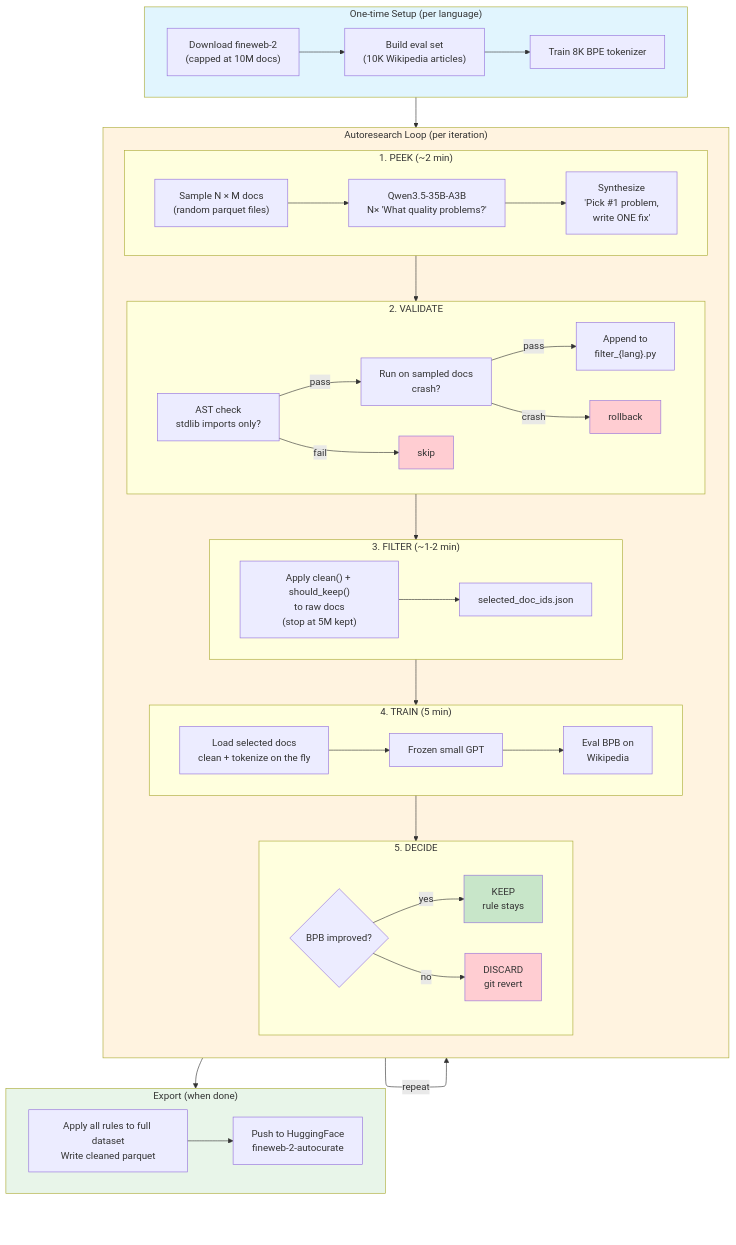
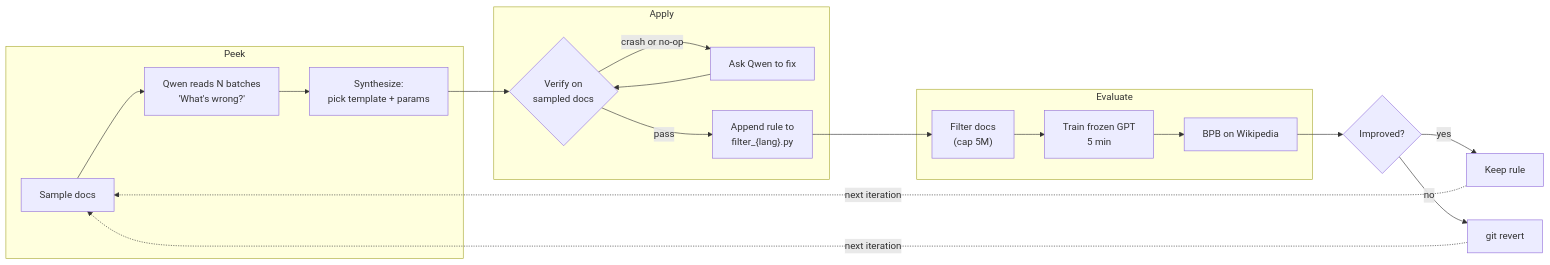
Before and after one commit to bwang-pplx/autocurate: the diagram in ARCHITECTURE.md, drawn with Mermaid.

Commit message:
Simplify architecture diagram to single linear flow

````diff
--- a/ARCHITECTURE.md
+++ b/ARCHITECTURE.md
@@ -1,70 +1,25 @@
 ```mermaid
-flowchart TB
-    subgraph SETUP["One-time Setup (per language)"]
-        DL["Download fineweb-2<br/>(capped at 10M docs)"]
-        EVAL["Build eval set<br/>(10K Wikipedia articles)"]
-        TOK["Train 8K BPE tokenizer"]
-        DL --> EVAL --> TOK
+flowchart LR
+    subgraph PEEK["Peek"]
+        A["Sample docs"] --> B["Qwen reads N batches<br/>'What's wrong?'"]
+        B --> C["Synthesize:<br/>pick template + params"]
     end
 
-    subgraph LOOP["Autoresearch Loop (per iteration)"]
-        direction TB
-
-        subgraph PEEK["1. PEEK (~2 min)"]
-            SAMPLE["Sample N × M docs<br/>(random parquet files)"]
-            QWEN_OBS["Qwen3.5-35B-A3B<br/>N× 'What quality problems?'"]
-            QWEN_SYN["Synthesize<br/>'Pick #1 problem,<br/>write ONE fix'"]
-            SAMPLE --> QWEN_OBS --> QWEN_SYN
-        end
-
-        subgraph VALIDATE["2. VALIDATE"]
-            AST["AST check<br/>stdlib imports only?"]
-            RUN["Run on sampled docs<br/>crash?"]
-            APPEND["Append to<br/>filter_{lang}.py"]
-            AST -->|pass| RUN -->|pass| APPEND
-            AST -->|fail| SKIP1["skip"]
-            RUN -->|crash| ROLLBACK["rollback"]
-        end
-
-        subgraph FILTER["3. FILTER (~1-2 min)"]
-            APPLY["Apply clean() + should_keep()<br/>to raw docs<br/>(stop at 5M kept)"]
-            IDS["selected_doc_ids.json"]
-            APPLY --> IDS
-        end
-
-        subgraph TRAIN["4. TRAIN (5 min)"]
-            LOAD["Load selected docs<br/>clean + tokenize on the fly"]
-            MODEL["Frozen small GPT"]
-            BPB["Eval BPB on<br/>Wikipedia"]
-            LOAD --> MODEL --> BPB
-        end
-
-        subgraph DECIDE["5. DECIDE"]
-            CMP{BPB improved?}
-            KEEP["KEEP<br/>rule stays"]
-            DISCARD["DISCARD<br/>git revert"]
-            CMP -->|yes| KEEP
-            CMP -->|no| DISCARD
-        end
-
-        PEEK --> VALIDATE --> FILTER --> TRAIN --> DECIDE
+    subgraph APPLY["Apply"]
+        C --> D{"Verify on<br/>sampled docs"}
+        D -->|crash or no-op| E["Ask Qwen to fix"]
+        E --> D
+        D -->|pass| F["Append rule to<br/>filter_{lang}.py"]
     end
 
-    subgraph EXPORT["Export (when done)"]
-        EXP["Apply all rules to full dataset<br/>Write cleaned parquet"]
-        HF["Push to HuggingFace<br/>fineweb-2-autocurate"]
-        EXP --> HF
+    subgraph EVAL["Evaluate"]
+        F --> G["Filter docs<br/>(cap 5M)"]
+        G --> H["Train frozen GPT<br/>5 min"]
+        H --> I["BPB on Wikipedia"]
     end
 
-    SETUP --> LOOP
-    LOOP -->|repeat| LOOP
-    LOOP --> EXPORT
-
-    style SETUP fill:#e1f5fe
-    style LOOP fill:#fff3e0
-    style EXPORT fill:#e8f5e9
-    style KEEP fill:#c8e6c9
-    style DISCARD fill:#ffcdd2
-    style ROLLBACK fill:#ffcdd2
-    style SKIP1 fill:#ffcdd2
+    I --> J{Improved?}
+    J -->|yes| K["Keep rule"]
+    J -->|no| L["git revert"]
+    K & L -.->|next iteration| A
 ```
````
